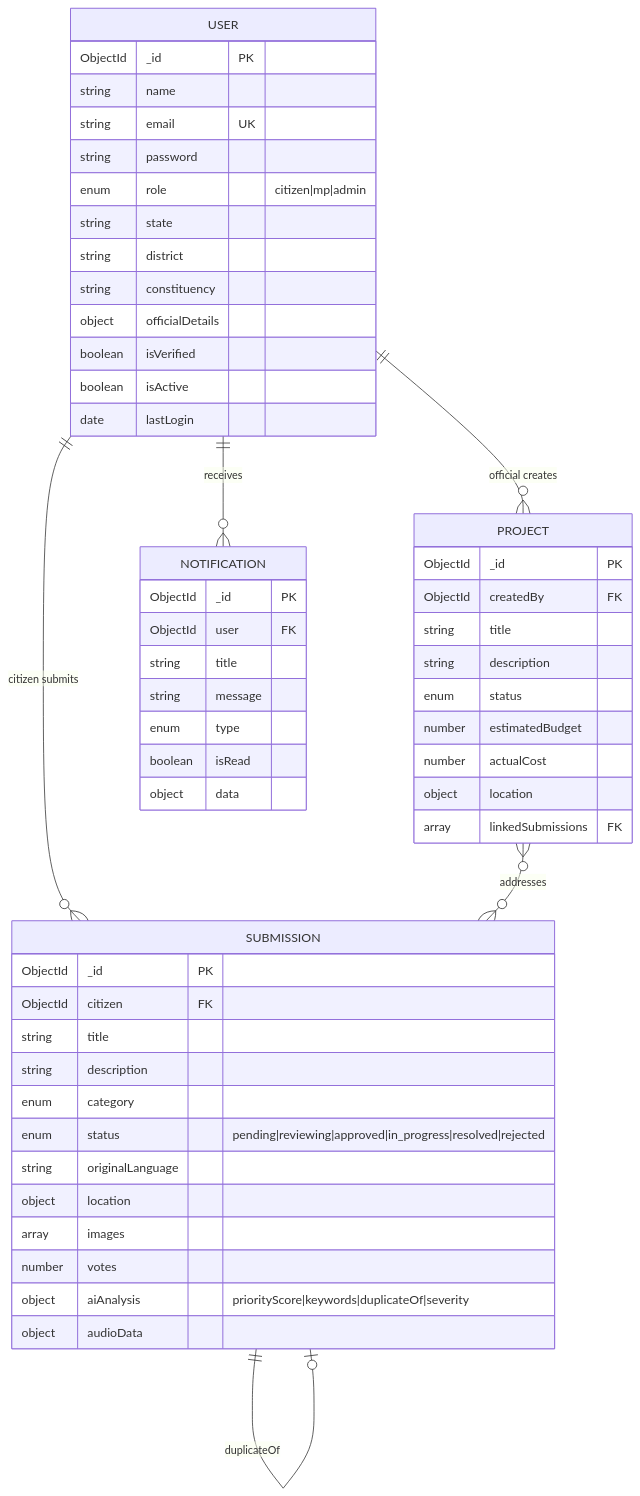
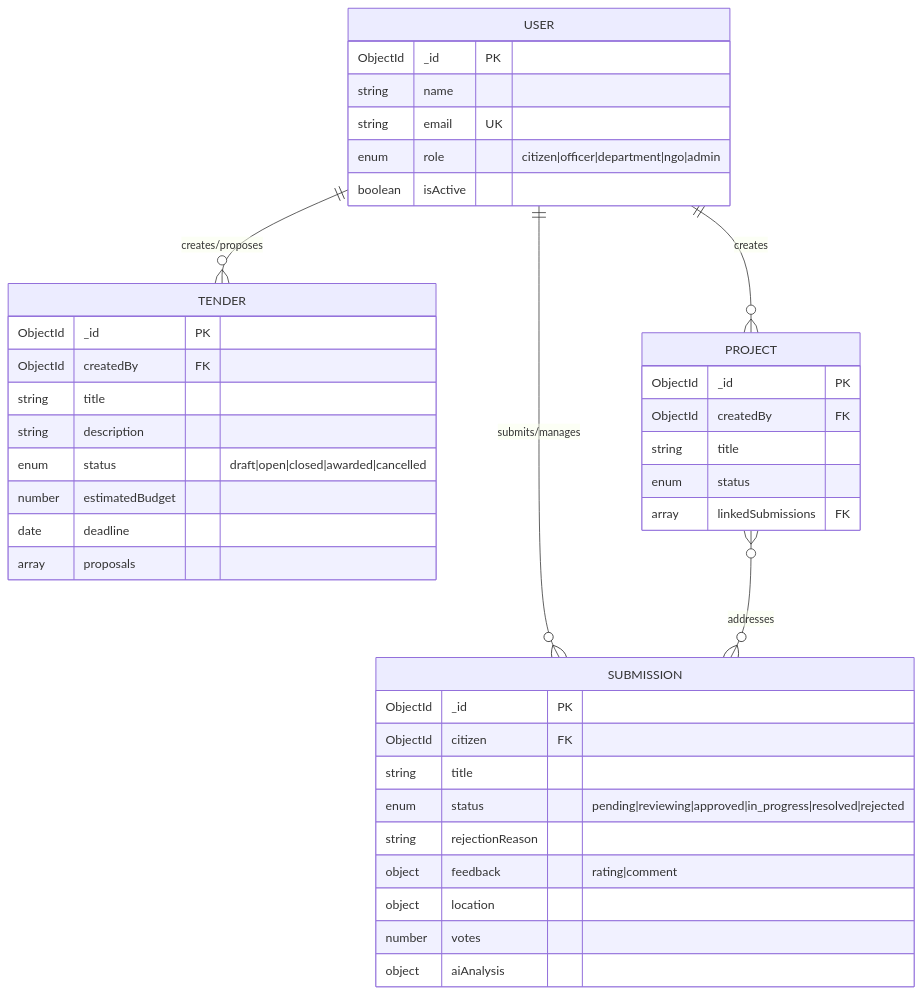
One commit to suryanshsingh07/JanVikas-Ai changed the fourth of 4 diagrams in README.md. Above: the diagram before and after it, drawn with Mermaid. The commit also changed other lines of this file and 68 other files, not shown here.

````diff
--- a/README.md
+++ b/README.md
@@ -238,60 +196,46 @@
 ```mermaid
 erDiagram
     USER {
         ObjectId _id PK
         string name
         string email UK
-        string password
-        enum role "citizen|mp|admin"
-        string state
-        string district
-        string constituency
-        object officialDetails
-        boolean isVerified
+        enum role "citizen|officer|department|ngo|admin"
         boolean isActive
-        date lastLogin
     }
 
     SUBMISSION {
         ObjectId _id PK
         ObjectId citizen FK
         string title
+        enum status "pending|reviewing|approved|in_progress|resolved|rejected"
+        string rejectionReason
+        object feedback "rating|comment"
+        object location
+        number votes
+        object aiAnalysis
+    }
+
+    TENDER {
+        ObjectId _id PK
+        ObjectId createdBy FK
+        string title
         string description
-        enum category
-        enum status "pending|reviewing|approved|in_progress|resolved|rejected"
-        string originalLanguage
-        object location
-        array images
-        number votes
-        object aiAnalysis "priorityScore|keywords|duplicateOf|severity"
-        object audioData
+        enum status "draft|open|closed|awarded|cancelled"
+        number estimatedBudget
+        date deadline
+        array proposals
     }
 
     PROJECT {
         ObjectId _id PK
         ObjectId createdBy FK
         string title
-        string description
         enum status
-        number estimatedBudget
-        number actualCost
-        object location
         array linkedSubmissions FK
     }
 
-    NOTIFICATION {
-        ObjectId _id PK
-        ObjectId user FK
-        string title
-        string message
-        enum type
-        boolean isRead
-        object data
-    }
-
-    USER ||--o{ SUBMISSION : "citizen submits"
-    USER ||--o{ PROJECT : "official creates"
-    USER ||--o{ NOTIFICATION : "receives"
+    USER ||--o{ SUBMISSION : "submits/manages"
+    USER ||--o{ TENDER : "creates/proposes"
+    USER ||--o{ PROJECT : "creates"
     PROJECT }o--o{ SUBMISSION : "addresses"
-    SUBMISSION ||--o| SUBMISSION : "duplicateOf"
 ```
````
